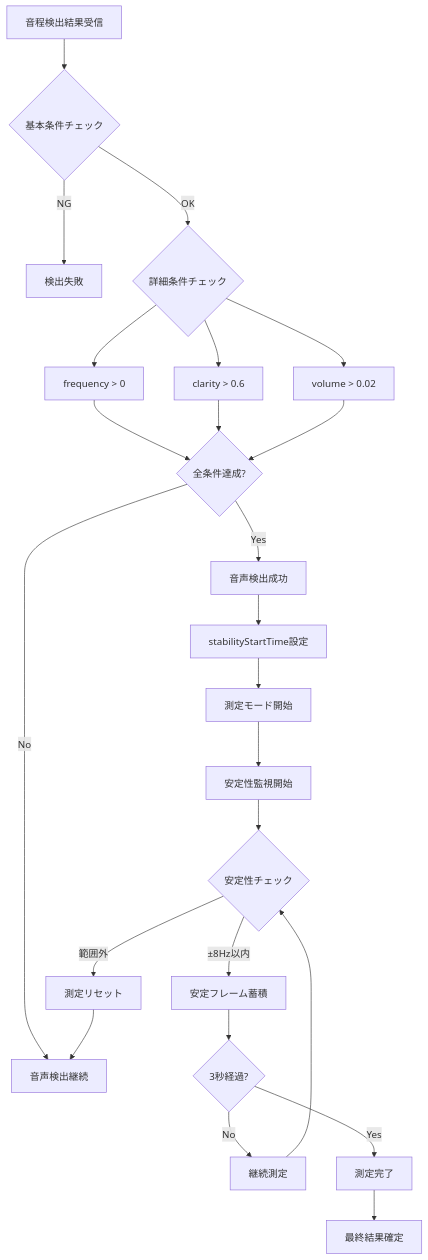
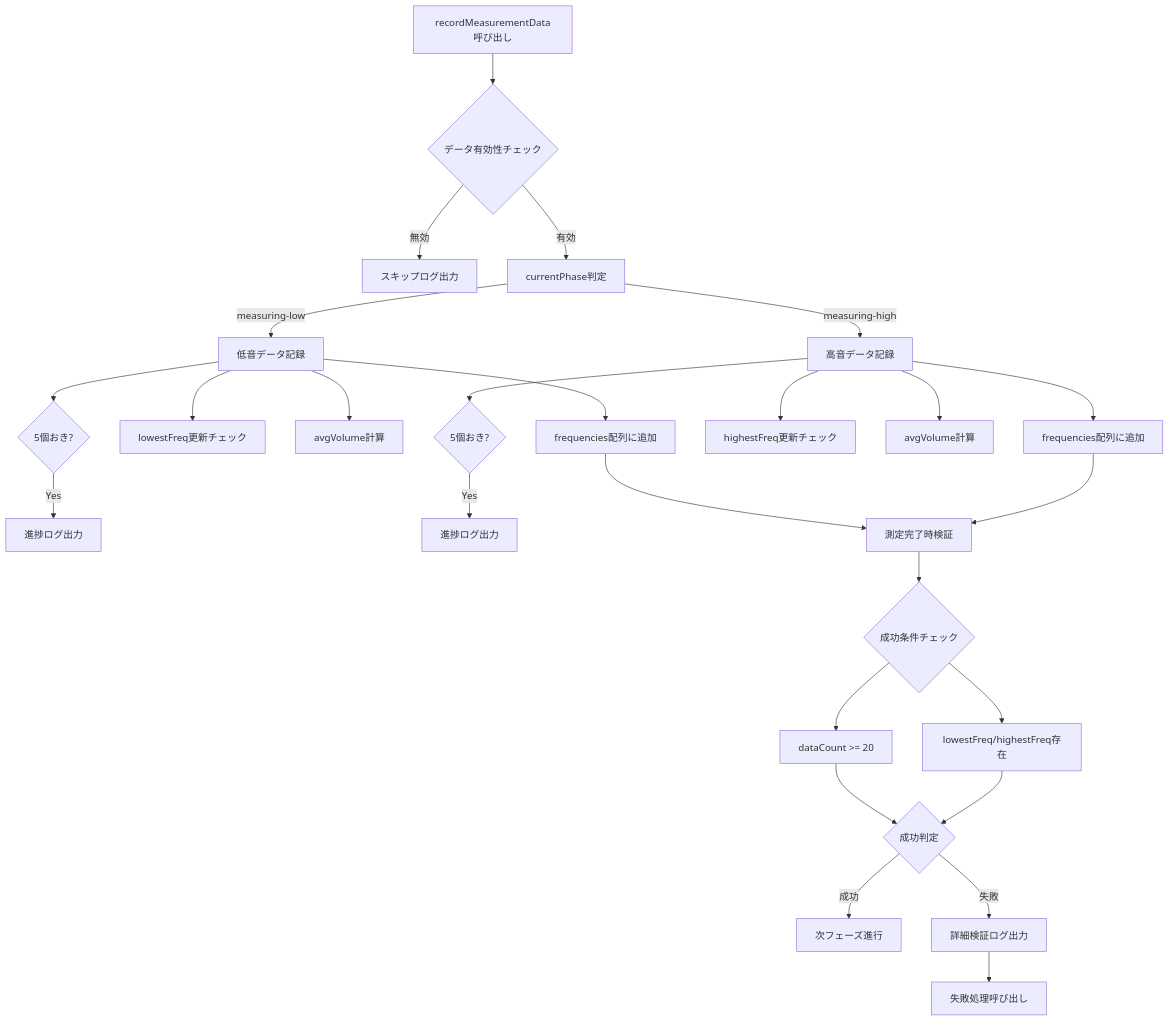
Before and after one commit to kiyopi/Relative-pitch-app: the fifth of 10 diagrams in VOICE_RANGE_TEST_FLOW_DIAGRAM.md, drawn with Mermaid. The commit also changed other lines of this file and 79 other files, not shown here.

````diff
--- a/VOICE_RANGE_TEST_FLOW_DIAGRAM.md
+++ b/VOICE_RANGE_TEST_FLOW_DIAGRAM.md
@@ -172,33 +174,35 @@
 ```mermaid
 flowchart TD
-    A[音程検出結果受信] --> B{基本条件チェック}
-    B -->|NG| C[検出失敗]
-    B -->|OK| D{詳細条件チェック}
-    
-    D --> E["frequency > 0"]
-    D --> F["clarity > 0.6"]
-    D --> G["volume > 0.02"]
-    
-    E --> H{全条件達成?}
-    F --> H
-    G --> H
-    
-    H -->|No| I[音声検出継続]
-    H -->|Yes| J[音声検出成功]
-    
-    J --> K[stabilityStartTime設定]
-    K --> L[測定モード開始]
-    L --> M[安定性監視開始]
-    
-    M --> N{安定性チェック}
-    N -->|±8Hz以内| O[安定フレーム蓄積]
-    N -->|範囲外| P[測定リセット]
-    
-    O --> Q{3秒経過?}
-    Q -->|No| R[継続測定]
-    Q -->|Yes| S[測定完了]
-    
-    P --> I
-    R --> N
-    S --> T[最終結果確定]
+    A[recordMeasurementData呼び出し] --> B{データ有効性チェック}
+    B -->|無効| C[スキップログ出力]
+    B -->|有効| D[currentPhase判定]
+
+    D -->|measuring-low| E[低音データ記録]
+    D -->|measuring-high| F[高音データ記録]
+
+    E --> G[frequencies配列に追加]
+    E --> H[lowestFreq更新チェック]
+    E --> I[avgVolume計算]
+    E --> J{5個おき?}
+    J -->|Yes| K[進捗ログ出力]
+
+    F --> L[frequencies配列に追加]
+    F --> M[highestFreq更新チェック]
+    F --> N[avgVolume計算]
+    F --> O{5個おき?}
+    O -->|Yes| P[進捗ログ出力]
+
+    G --> Q[測定完了時検証]
+    L --> Q
+
+    Q --> R{成功条件チェック}
+    R --> S["dataCount >= 20"]
+    R --> T["lowestFreq/highestFreq存在"]
+
+    S --> U{成功判定}
+    T --> U
+
+    U -->|成功| V[次フェーズ進行]
+    U -->|失敗| W[詳細検証ログ出力]
+    W --> X[失敗処理呼び出し]
 ```
````
